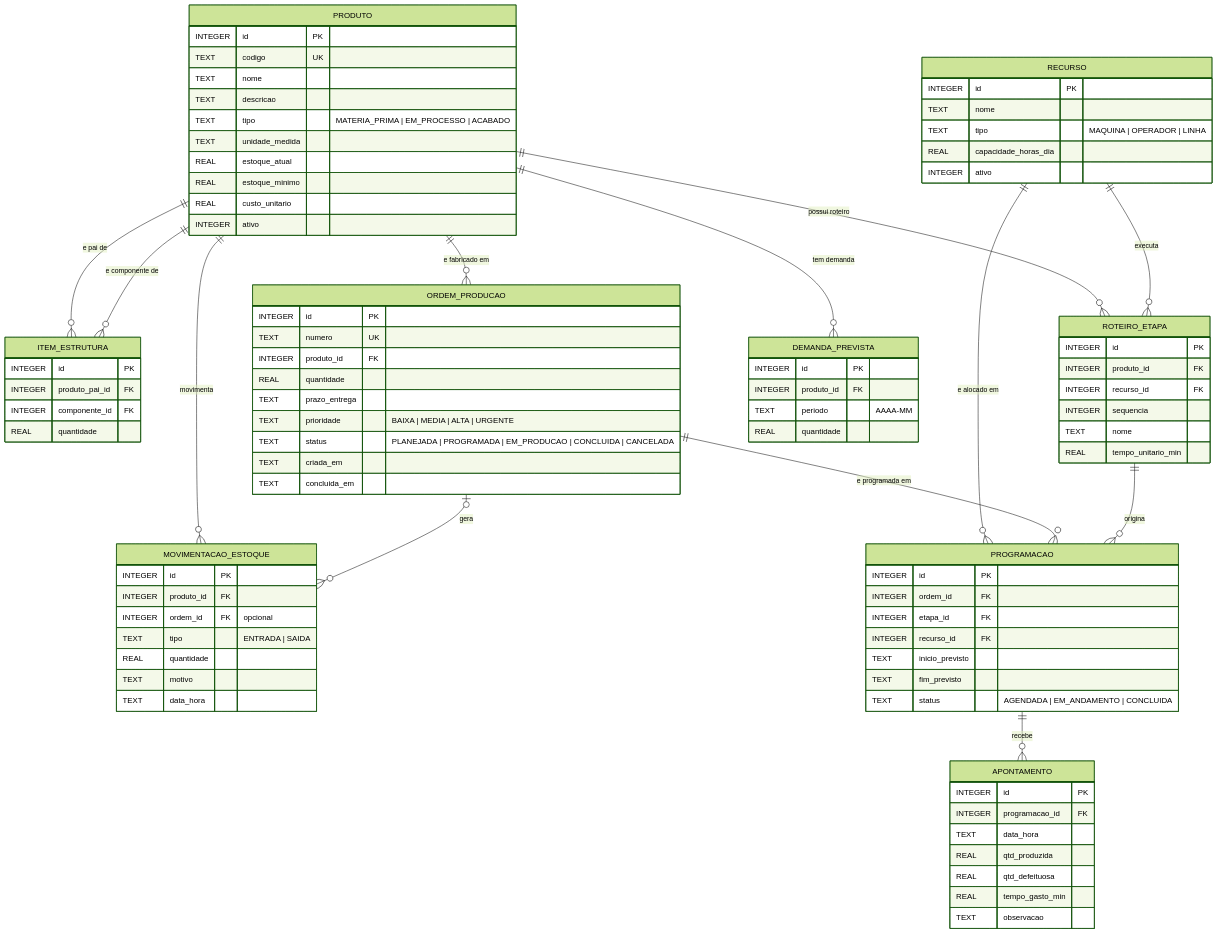
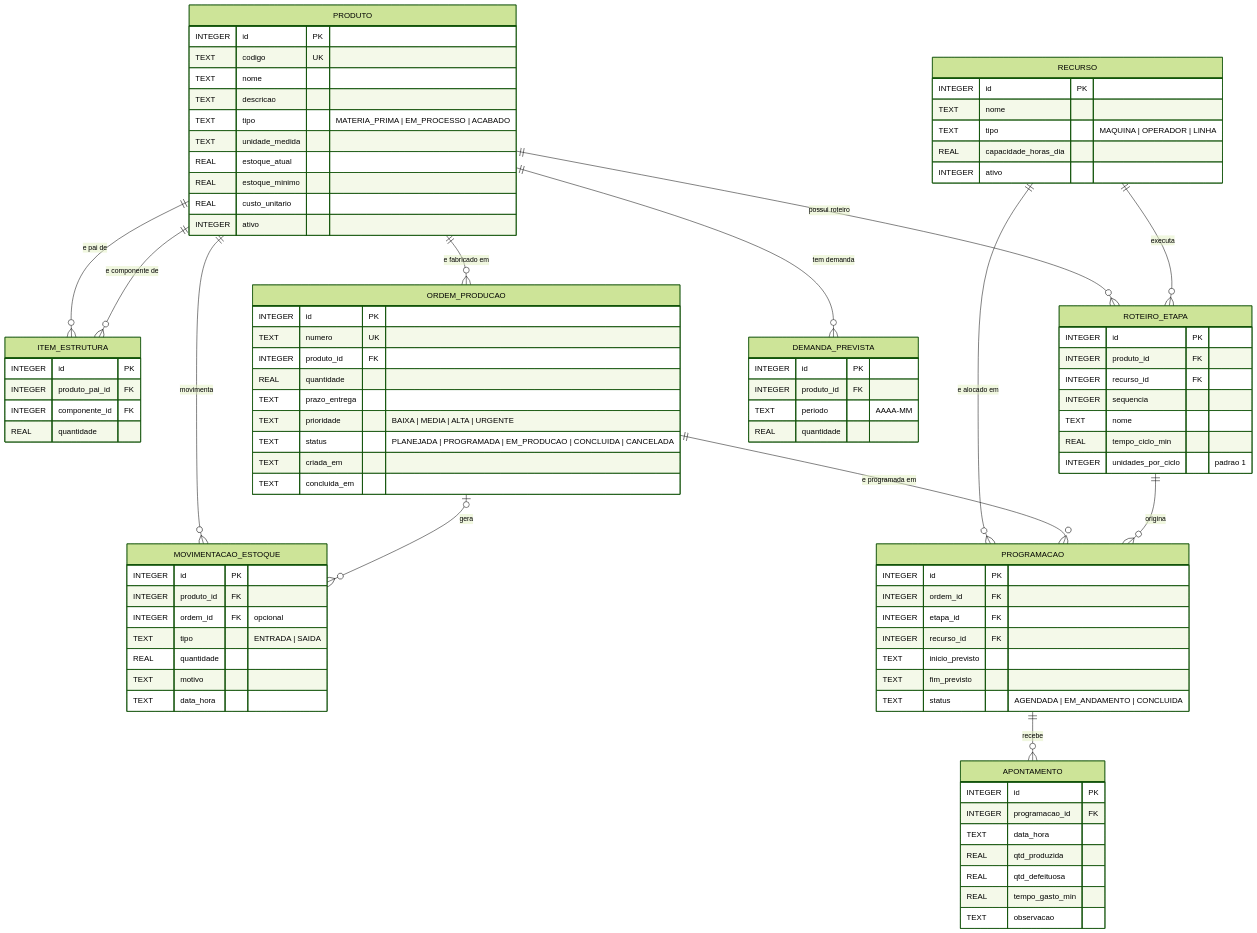
One commit to luansouzac/fabricx-pcp changed the diagram in docs/der/der.mmd. Above: the diagram before and after it, drawn with Mermaid (forest theme). The commit also changed 5 other files, not shown here.

Commit message:
Troca o tempo do roteiro por ciclo e unidades por ciclo e adiciona o seed da garrafa

```diff
--- a/docs/der/der.mmd
+++ b/docs/der/der.mmd
@@ -1,91 +1,92 @@
 erDiagram
     PRODUTO ||--o{ ITEM_ESTRUTURA : "e pai de"
     PRODUTO ||--o{ ITEM_ESTRUTURA : "e componente de"
     PRODUTO ||--o{ ROTEIRO_ETAPA : "possui roteiro"
     PRODUTO ||--o{ ORDEM_PRODUCAO : "e fabricado em"
     PRODUTO ||--o{ MOVIMENTACAO_ESTOQUE : "movimenta"
     PRODUTO ||--o{ DEMANDA_PREVISTA : "tem demanda"
     RECURSO ||--o{ ROTEIRO_ETAPA : "executa"
     RECURSO ||--o{ PROGRAMACAO : "e alocado em"
     ORDEM_PRODUCAO ||--o{ PROGRAMACAO : "e programada em"
     ORDEM_PRODUCAO |o--o{ MOVIMENTACAO_ESTOQUE : "gera"
     ROTEIRO_ETAPA ||--o{ PROGRAMACAO : "origina"
     PROGRAMACAO ||--o{ APONTAMENTO : "recebe"
 
     PRODUTO {
         INTEGER id PK
         TEXT codigo UK
         TEXT nome
         TEXT descricao
         TEXT tipo "MATERIA_PRIMA | EM_PROCESSO | ACABADO"
         TEXT unidade_medida
         REAL estoque_atual
         REAL estoque_minimo
         REAL custo_unitario
         INTEGER ativo
     }
     ITEM_ESTRUTURA {
         INTEGER id PK
         INTEGER produto_pai_id FK
         INTEGER componente_id FK
         REAL quantidade
     }
     RECURSO {
         INTEGER id PK
         TEXT nome
         TEXT tipo "MAQUINA | OPERADOR | LINHA"
         REAL capacidade_horas_dia
         INTEGER ativo
     }
     ROTEIRO_ETAPA {
         INTEGER id PK
         INTEGER produto_id FK
         INTEGER recurso_id FK
         INTEGER sequencia
         TEXT nome
-        REAL tempo_unitario_min
+        REAL tempo_ciclo_min
+        INTEGER unidades_por_ciclo "padrao 1"
     }
     ORDEM_PRODUCAO {
         INTEGER id PK
         TEXT numero UK
         INTEGER produto_id FK
         REAL quantidade
         TEXT prazo_entrega
         TEXT prioridade "BAIXA | MEDIA | ALTA | URGENTE"
         TEXT status "PLANEJADA | PROGRAMADA | EM_PRODUCAO | CONCLUIDA | CANCELADA"
         TEXT criada_em
         TEXT concluida_em
     }
     PROGRAMACAO {
         INTEGER id PK
         INTEGER ordem_id FK
         INTEGER etapa_id FK
         INTEGER recurso_id FK
         TEXT inicio_previsto
         TEXT fim_previsto
         TEXT status "AGENDADA | EM_ANDAMENTO | CONCLUIDA"
     }
     APONTAMENTO {
         INTEGER id PK
         INTEGER programacao_id FK
         TEXT data_hora
         REAL qtd_produzida
         REAL qtd_defeituosa
         REAL tempo_gasto_min
         TEXT observacao
     }
     MOVIMENTACAO_ESTOQUE {
         INTEGER id PK
         INTEGER produto_id FK
         INTEGER ordem_id FK "opcional"
         TEXT tipo "ENTRADA | SAIDA"
         REAL quantidade
         TEXT motivo
         TEXT data_hora
     }
     DEMANDA_PREVISTA {
         INTEGER id PK
         INTEGER produto_id FK
         TEXT periodo "AAAA-MM"
         REAL quantidade
     }
```
